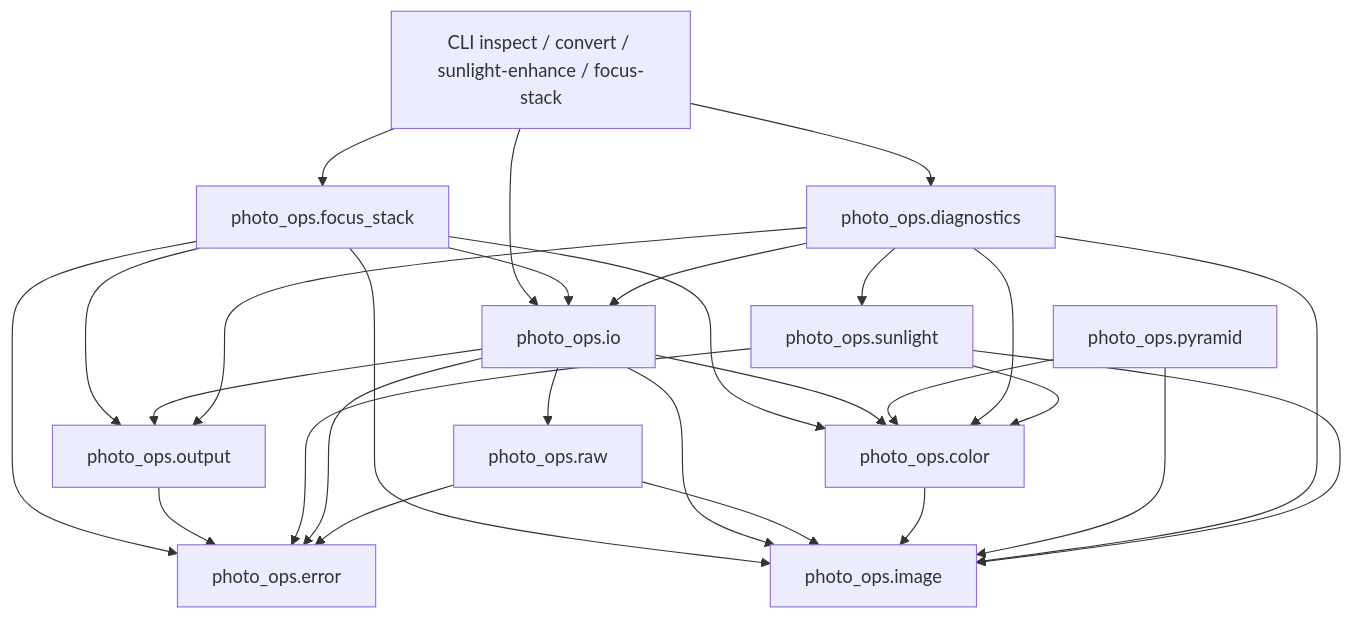
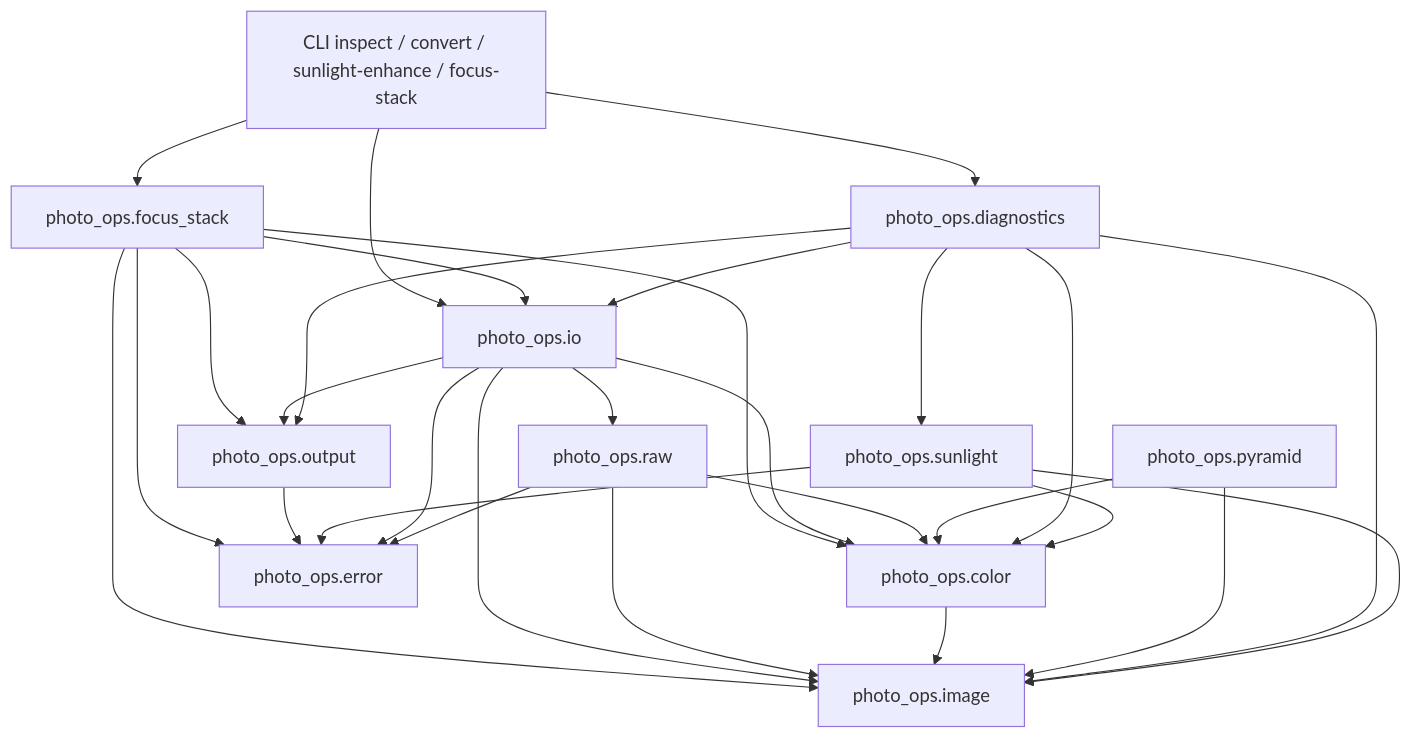
Before and after one commit to jipeng4974/photo-ops: the diagram in docs/architecture.md, drawn with Mermaid. The commit also changed other lines of this file and 25 other files, not shown here.

````diff
--- a/docs/architecture.md
+++ b/docs/architecture.md
@@ -5,30 +5,31 @@
 ```mermaid
 graph TD
     CLI[CLI inspect / convert / sunlight-enhance / focus-stack] --> IO[photo_ops.io]
     CLI --> DIAG[photo_ops.diagnostics]
     CLI --> FOCUS[photo_ops.focus_stack]
     FOCUS --> IO
     FOCUS --> OUT
     FOCUS --> IMAGE
     FOCUS --> COLOR
     FOCUS --> ERR
     IO --> OUT[photo_ops.output]
     OUT --> ERR
     DIAG --> OUT
     IO --> RAW[photo_ops.raw]
     IO --> COLOR[photo_ops.color]
     IO --> IMAGE[photo_ops.image]
     RAW --> IMAGE
+    RAW --> COLOR
     COLOR --> IMAGE
     PYRAMID[photo_ops.pyramid] --> COLOR
     PYRAMID --> IMAGE
     DIAG --> COLOR
     DIAG --> IMAGE
     DIAG --> SUN[photo_ops.sunlight]
     DIAG --> IO
     SUN --> COLOR
     SUN --> IMAGE
     SUN --> ERR[photo_ops.error]
     IO --> ERR
     RAW --> ERR
 ```
````
